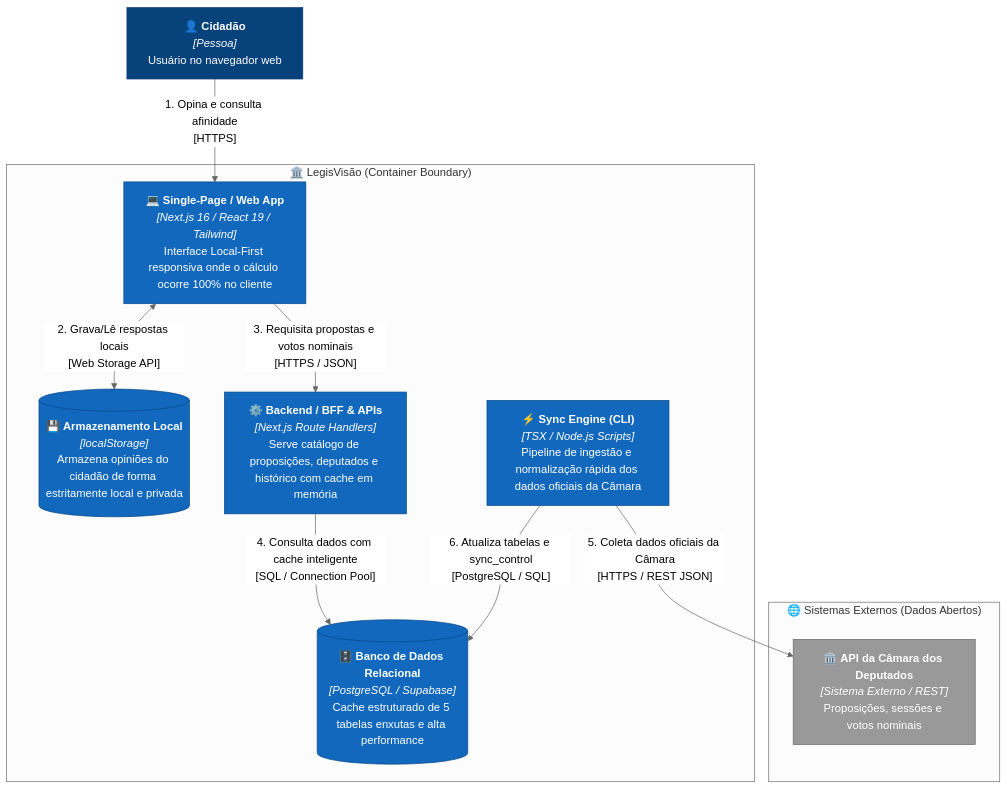
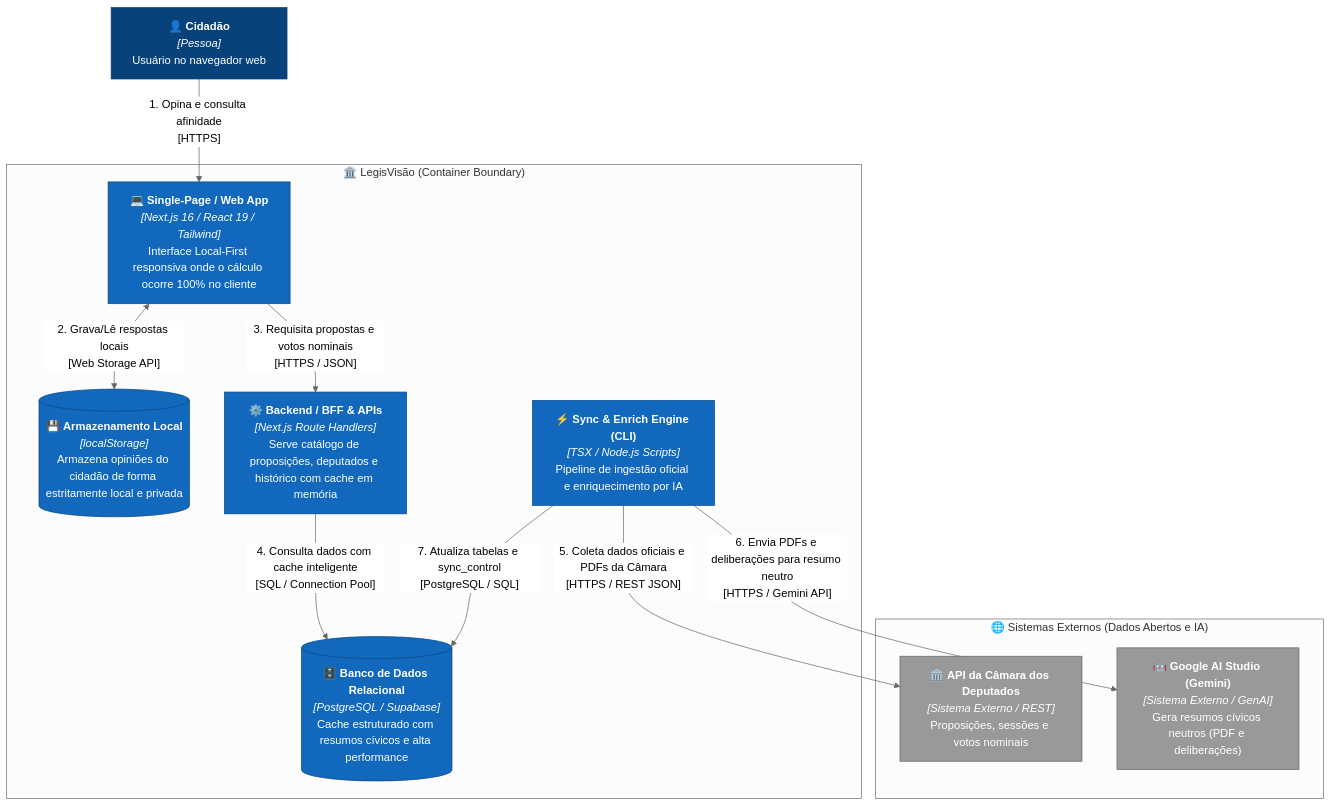
One commit to didifive/legisvisao changed the second of 5 diagrams in README.md. Above: the diagram before and after it, drawn with Mermaid (neutral theme). The commit also changed other lines of this file and 13 other files, not shown here.

Commit message:
feat: integrate AI-generated summaries into proposition tracking and feedback flow

````diff
--- a/README.md
+++ b/README.md
@@ -75,31 +75,33 @@
 ```mermaid
 flowchart TB
     classDef person fill:#08427b,stroke:#073b6f,color:#ffffff;
     classDef ext fill:#999999,stroke:#666666,color:#ffffff;
     classDef container fill:#1168bd,stroke:#0b4884,color:#ffffff;
     classDef db fill:#1168bd,stroke:#0b4884,color:#ffffff;
 
     cidadao["👤 <b>Cidadão</b><br/><i>[Pessoa]</i><br/>Usuário no navegador web"]:::person
 
-    subgraph ExtSystems ["🌐 Sistemas Externos (Dados Abertos)"]
+    subgraph ExtSystems ["🌐 Sistemas Externos (Dados Abertos e IA)"]
         camara["🏛️ <b>API da Câmara dos Deputados</b><br/><i>[Sistema Externo / REST]</i><br/>Proposições, sessões e votos nominais"]:::ext
+        gemini["🤖 <b>Google AI Studio (Gemini)</b><br/><i>[Sistema Externo / GenAI]</i><br/>Gera resumos cívicos neutros (PDF e deliberações)"]:::ext
     end
 
     subgraph LegisBoundary ["🏛️ LegisVisão (Container Boundary)"]
         spa["💻 <b>Single-Page / Web App</b><br/><i>[Next.js 16 / React 19 / Tailwind]</i><br/>Interface Local-First responsiva onde o cálculo ocorre 100% no cliente"]:::container
         storage[("💾 <b>Armazenamento Local</b><br/><i>[localStorage]</i><br/>Armazena opiniões do cidadão de forma estritamente local e privada")]:::db
         bff["⚙️ <b>Backend / BFF & APIs</b><br/><i>[Next.js Route Handlers]</i><br/>Serve catálogo de proposições, deputados e histórico com cache em memória"]:::container
-        db[("🗄️ <b>Banco de Dados Relacional</b><br/><i>[PostgreSQL / Supabase]</i><br/>Cache estruturado de 5 tabelas enxutas e alta performance")]:::db
-        sync["⚡ <b>Sync Engine (CLI)</b><br/><i>[TSX / Node.js Scripts]</i><br/>Pipeline de ingestão e normalização rápida dos dados oficiais da Câmara"]:::container
+        db[("🗄️ <b>Banco de Dados Relacional</b><br/><i>[PostgreSQL / Supabase]</i><br/>Cache estruturado com resumos cívicos e alta performance")]:::db
+        sync["⚡ <b>Sync & Enrich Engine (CLI)</b><br/><i>[TSX / Node.js Scripts]</i><br/>Pipeline de ingestão oficial e enriquecimento por IA"]:::container
     end
 
     %% Fluxos do Usuário e Frontend
     cidadao -->|"1. Opina e consulta afinidade<br/>[HTTPS]"| spa
     spa <-->|"2. Grava/Lê respostas locais<br/>[Web Storage API]"| storage
     spa -->|"3. Requisita propostas e votos nominais<br/>[HTTPS / JSON]"| bff
 
     %% Fluxos de Backend e Persistência
     bff -->|"4. Consulta dados com cache inteligente<br/>[SQL / Connection Pool]"| db
-    sync -->|"5. Coleta dados oficiais da Câmara<br/>[HTTPS / REST JSON]"| camara
-    sync -->|"6. Atualiza tabelas e sync_control<br/>[PostgreSQL / SQL]"| db
+    sync -->|"5. Coleta dados oficiais e PDFs da Câmara<br/>[HTTPS / REST JSON]"| camara
+    sync -->|"6. Envia PDFs e deliberações para resumo neutro<br/>[HTTPS / Gemini API]"| gemini
+    sync -->|"7. Atualiza tabelas e sync_control<br/>[PostgreSQL / SQL]"| db
 ```
````
